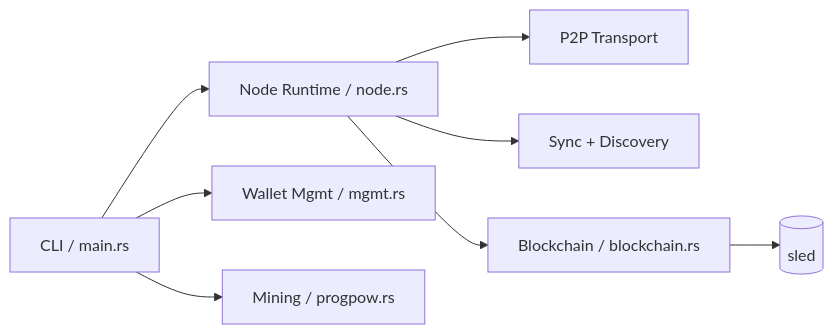
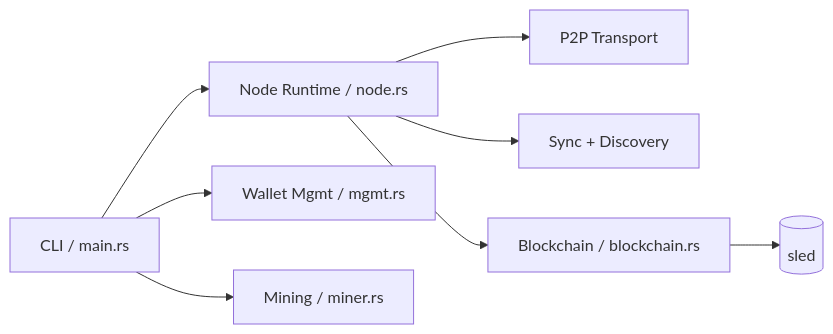
One commit to OSXBasedAnon/alphanumeric changed the diagram in README.md. Above: the diagram before and after it, drawn with Mermaid. The commit also changed other lines of this file and 4 other files, not shown here.

````diff
--- a/README.md
+++ b/README.md
@@ -98,10 +98,10 @@
 ```mermaid
 flowchart LR
     CLI[CLI / main.rs] --> NODE[Node Runtime / node.rs]
     NODE --> P2P[P2P Transport]
     NODE --> SYNC[Sync + Discovery]
     NODE --> CHAIN[Blockchain / blockchain.rs]
     CHAIN --> DB[(sled)]
     CLI --> MGMT[Wallet Mgmt / mgmt.rs]
-    CLI --> MINER[Mining / progpow.rs]
+    CLI --> MINER[Mining / miner.rs]
 ```
````
